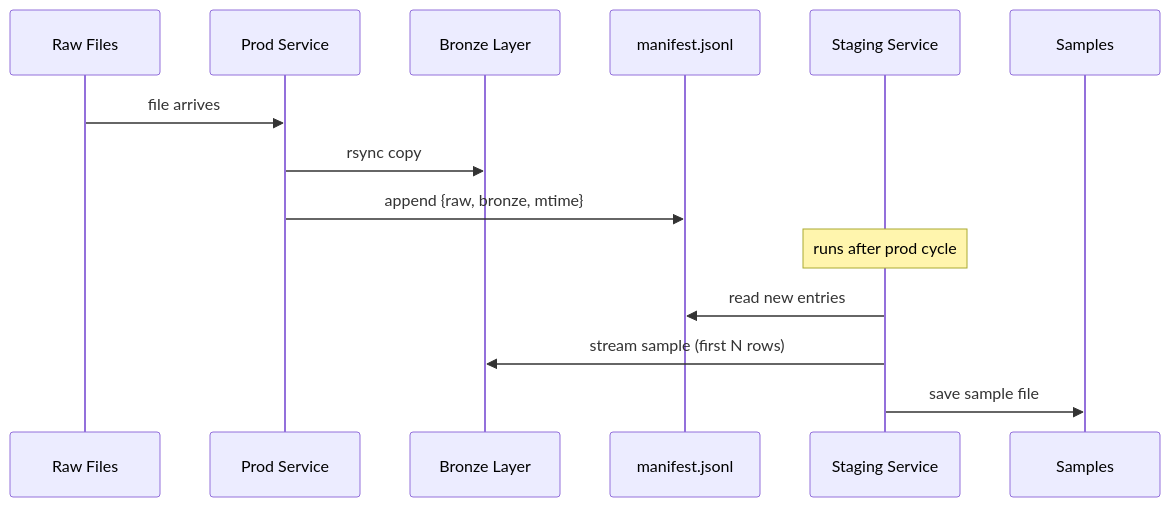
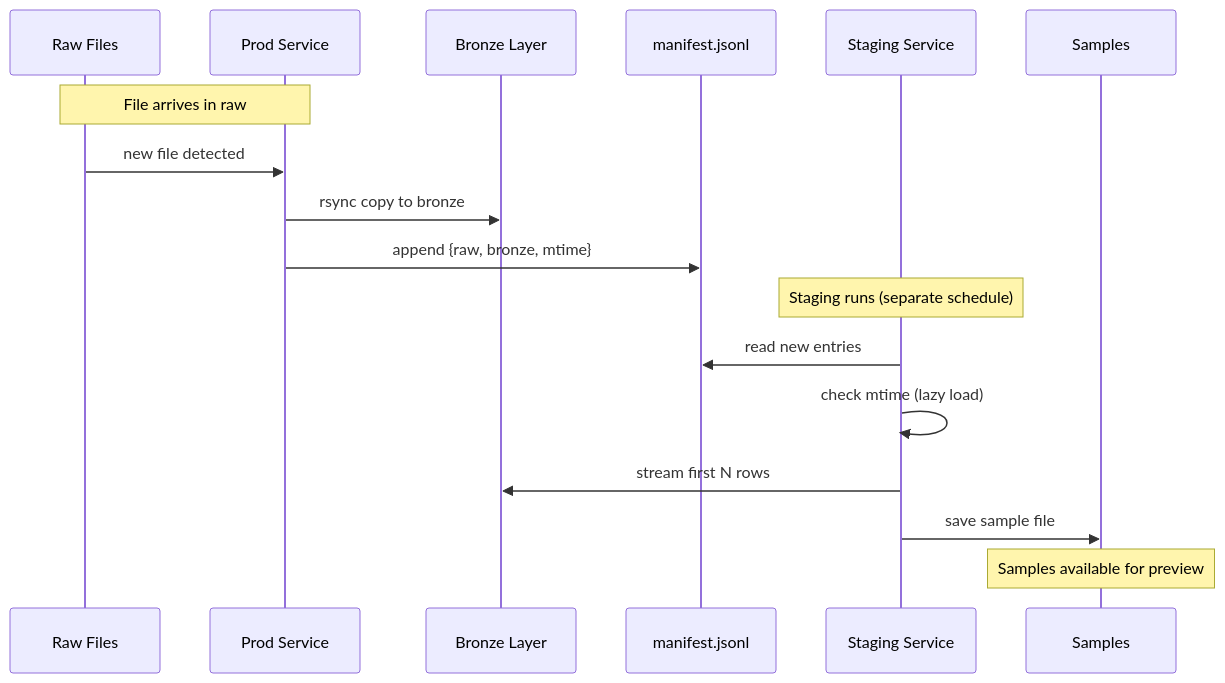
Diagram 20 of 22 in docs/brainstorms/staging-manifest.md (ThanuMahee12/AgentContext), drawn with Mermaid before and after one commit. The commit also changed other lines of this file, not shown here.

Commit message:
docs: complete staging-manifest design with end-to-end diagrams

````diff
--- a/docs/brainstorms/staging-manifest.md
+++ b/docs/brainstorms/staging-manifest.md
@@ -209,19 +486,24 @@
 ```mermaid
 sequenceDiagram
     participant R as Raw Files
     participant P as Prod Service
     participant B as Bronze Layer
     participant M as manifest.jsonl
     participant S as Staging Service
     participant SA as Samples
 
-    R->>P: file arrives
-    P->>B: rsync copy
+    Note over R,P: File arrives in raw
+
+    R->>P: new file detected
+    P->>B: rsync copy to bronze
     P->>M: append {raw, bronze, mtime}
 
-    Note over S: runs after prod cycle
+    Note over S: Staging runs (separate schedule)
 
     S->>M: read new entries
-    S->>B: stream sample (first N rows)
+    S->>S: check mtime (lazy load)
+    S->>B: stream first N rows
     S->>SA: save sample file
+
+    Note over SA: Samples available for preview
 ```
````
